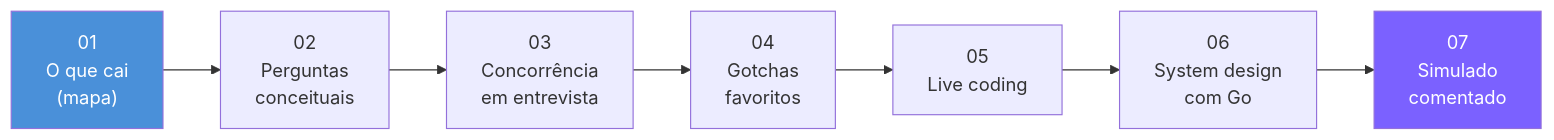
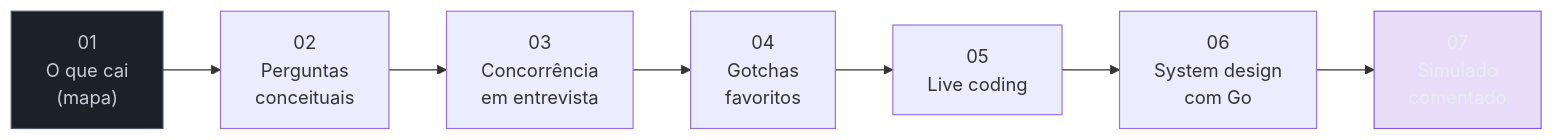
Before and after one commit to josenaldo/codex-technomanticus: the second of 2 diagrams in 03-Dominios/Tecnologia/Go/21 - Preparação para entrevista de Go/01 - O que cai numa entrevista de Go.md, drawn with Mermaid. The commit also changed other lines of this file and 1181 other files, not shown here.

First line of the commit message:
fix(diagramas): paleta do sistema no lugar de cor cravada no markdown

````diff
--- a/03-Dominios/Tecnologia/Go/21 - Preparação para entrevista de Go/01 - O que cai numa entrevista de Go.md
+++ b/03-Dominios/Tecnologia/Go/21 - Preparação para entrevista de Go/01 - O que cai numa entrevista de Go.md
@@ -169,12 +172,14 @@
 ```mermaid
 flowchart LR
+    classDef neutro fill:#1B2029,stroke:#4E5666,color:#C6CCD8
+    classDef marca fill:#8855DF33,stroke:#8855DF,color:#E9ECF2
     N1["01\nO que cai\n(mapa)"] --> N2["02\nPerguntas\nconceituais"]
     N2 --> N3["03\nConcorrência\nem entrevista"]
     N3 --> N4["04\nGotchas\nfavoritos"]
     N4 --> N5["05\nLive coding"]
     N5 --> N6["06\nSystem design\ncom Go"]
     N6 --> N7["07\nSimulado\ncomentado"]
 
-    style N1 fill:#4A90D9,color:#fff
-    style N7 fill:#7B61FF,color:#fff
+    class N1 neutro
+    class N7 marca
 ```
````
